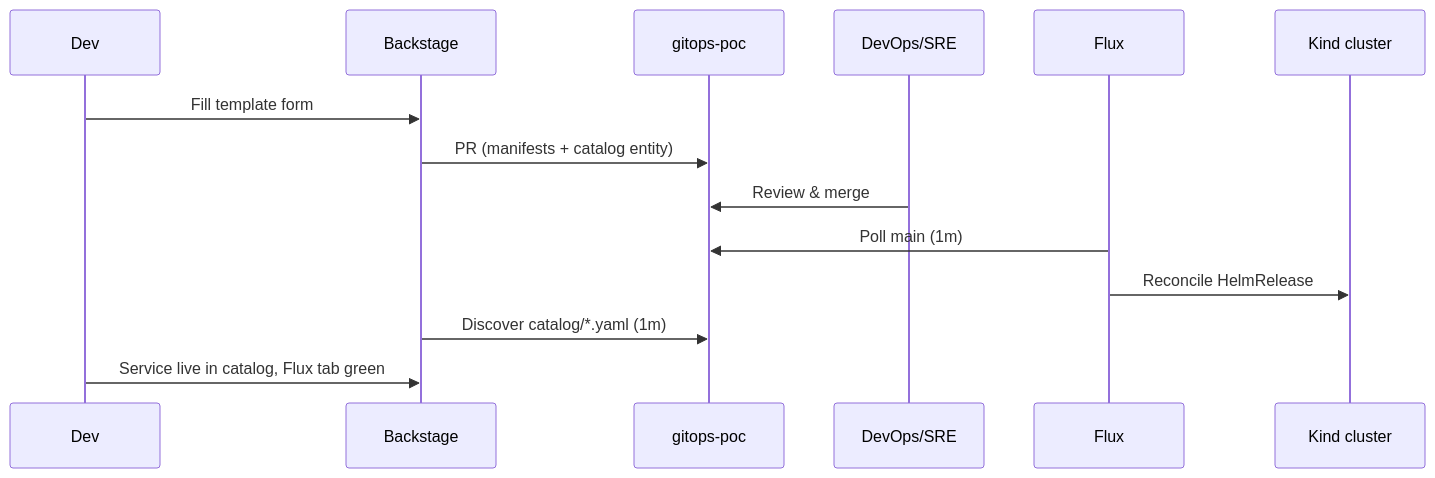
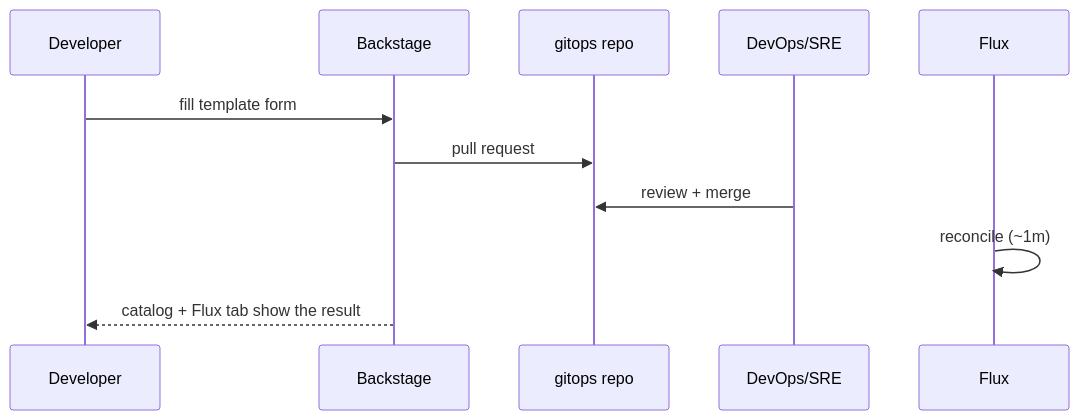
One commit to duynhlab/backstage changed the diagram in docs/onboarding.md. Above: the diagram before and after it, drawn with Mermaid. The commit also changed other lines of this file and 16 other files, not shown here.

````diff
--- a/docs/onboarding.md
+++ b/docs/onboarding.md
@@ -103,17 +19,13 @@
 ```mermaid
 sequenceDiagram
-    participant Dev
+    participant Dev as Developer
     participant BS as Backstage
-    participant GH as gitops-poc
+    participant Git as gitops repo
     participant Ops as DevOps/SRE
     participant Flux
-    participant K8s as Kind cluster
-
-    Dev->>BS: Fill template form
-    BS->>GH: PR (manifests + catalog entity)
-    Ops->>GH: Review & merge
-    Flux->>GH: Poll main (1m)
-    Flux->>K8s: Reconcile HelmRelease
-    BS->>GH: Discover catalog/*.yaml (1m)
-    Dev->>BS: Service live in catalog, Flux tab green
+    Dev->>BS: fill template form
+    BS->>Git: pull request
+    Ops->>Git: review + merge
+    Flux->>Flux: reconcile (~1m)
+    BS-->>Dev: catalog + Flux tab show the result
 ```
````
